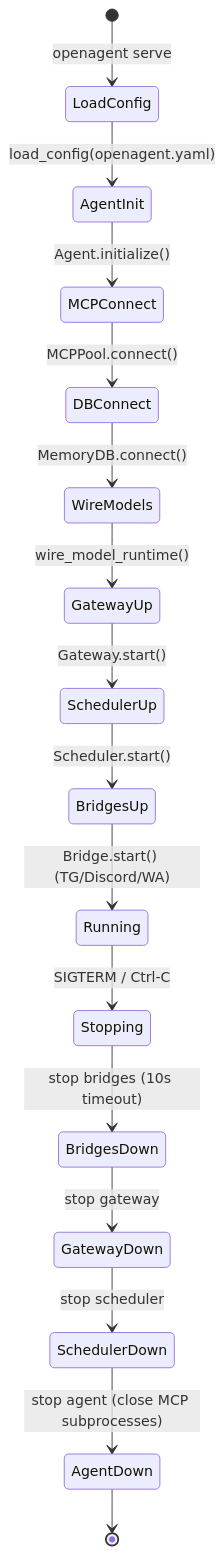
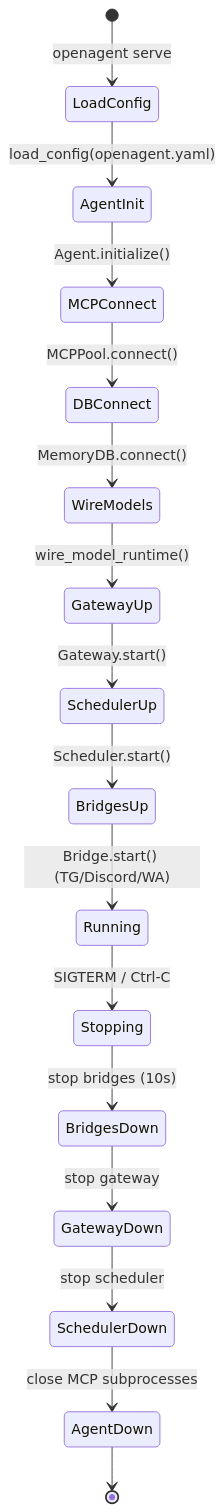
Before and after one commit to openagent-uno/openagent-docs: the seventh of 8 diagrams in guide/architecture.md, drawn with Mermaid. The commit also changed other lines of this file and 4 other files, not shown here.

First line of the commit message:
docs: split Gateway page out of architecture, expand architecture

````diff
--- a/guide/architecture.md
+++ b/guide/architecture.md
@@ -108,19 +299,19 @@
 ```mermaid
 stateDiagram-v2
     [*] --> LoadConfig: openagent serve
     LoadConfig --> AgentInit: load_config(openagent.yaml)
     AgentInit --> MCPConnect: Agent.initialize()
     MCPConnect --> DBConnect: MCPPool.connect()
     DBConnect --> WireModels: MemoryDB.connect()
     WireModels --> GatewayUp: wire_model_runtime()
     GatewayUp --> SchedulerUp: Gateway.start()
     SchedulerUp --> BridgesUp: Scheduler.start()
     BridgesUp --> Running: Bridge.start() (TG/Discord/WA)
 
     Running --> Stopping: SIGTERM / Ctrl-C
-    Stopping --> BridgesDown: stop bridges (10s timeout)
+    Stopping --> BridgesDown: stop bridges (10s)
     BridgesDown --> GatewayDown: stop gateway
     GatewayDown --> SchedulerDown: stop scheduler
-    SchedulerDown --> AgentDown: stop agent (close MCP subprocesses)
+    SchedulerDown --> AgentDown: close MCP subprocesses
     AgentDown --> [*]
 ```
````
